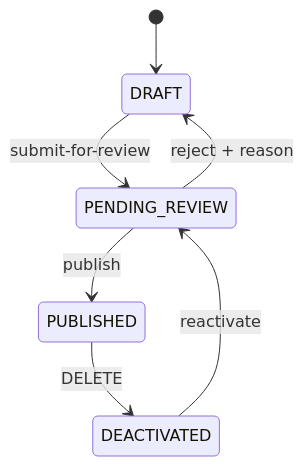
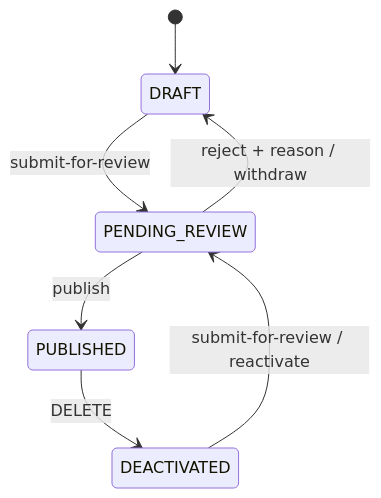
The diagram in docs/function-editorial-workflow.md (Donny200/ReestrGov), drawn with Mermaid before and after one commit. The commit also changed other lines of this file and 100 other files, not shown here.

````diff
--- a/docs/function-editorial-workflow.md
+++ b/docs/function-editorial-workflow.md
@@ -44,9 +45,9 @@
 ```mermaid
 stateDiagram-v2
     [*] --> DRAFT
     DRAFT --> PENDING_REVIEW: submit-for-review
-    PENDING_REVIEW --> DRAFT: reject + reason
+    PENDING_REVIEW --> DRAFT: reject + reason / withdraw
     PENDING_REVIEW --> PUBLISHED: publish
     PUBLISHED --> DEACTIVATED: DELETE
-    DEACTIVATED --> PENDING_REVIEW: reactivate
+    DEACTIVATED --> PENDING_REVIEW: submit-for-review / reactivate
 ```
````
